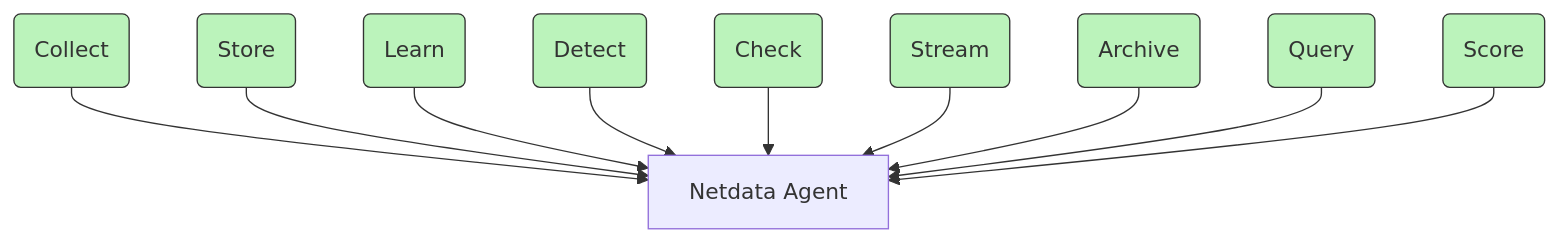
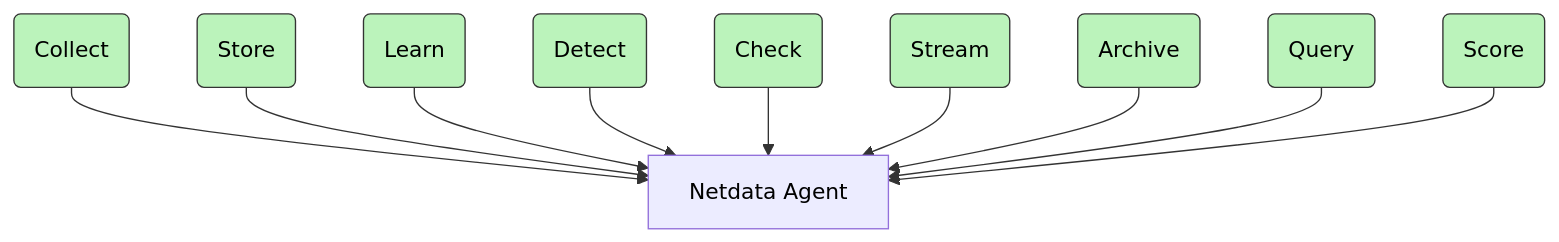
The diagram in README.md (netdata/netdata), drawn with Mermaid before and after one commit. The commit also changed other lines of this file, not shown here.

````diff
--- a/README.md
+++ b/README.md
@@ -204,15 +220,16 @@
 ```mermaid
 flowchart TB
-  A[Netdata Agent]
+  A[Netdata Agent]:::blackText
   A1(Collect):::green --> A
   A2(Store):::green --> A
   A3(Learn):::green --> A
   A4(Detect):::green --> A
   A5(Check):::green --> A
   A6(Stream):::green --> A
   A7(Archive):::green --> A
   A8(Query):::green --> A
   A9(Score):::green --> A
 
-  classDef green fill:#bbf3bb,stroke:#333,stroke-width:1px
+  classDef green fill:#bbf3bb,stroke:#333,stroke-width:1px,color:#000
+  classDef blackText color:#000
   ```
````
